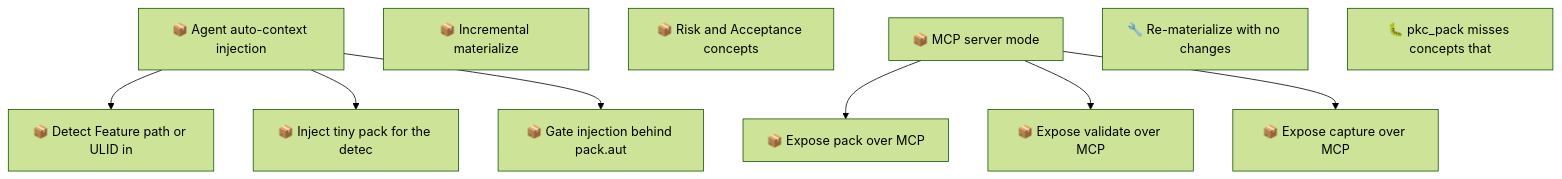
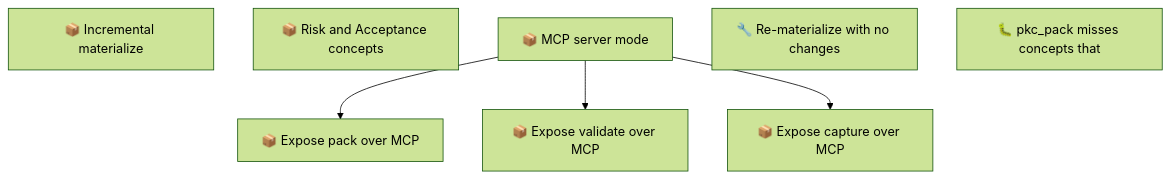
One commit to SpillwaveSolutions/project-knowledge-capture changed the second of 2 diagrams in docs/roadmap.md. Above: the diagram before and after it, drawn with Mermaid (forest theme). The commit also changed other lines of this file and 23 other files, not shown here.

First line of the commit message:
feat: auto-context injection via UserPromptSubmit hook

````diff
--- a/docs/roadmap.md
+++ b/docs/roadmap.md
@@ -96,21 +77,14 @@
 ```mermaid
 graph TD
-    01KZ75NC58VJD8E219BYAYPBPA["📦 Agent auto-context injection"]
     01KZ75NQ2VDVFD3R9F0SV38YEN["📦 Incremental materialize"]
     01KZ75NQ7VFPF3YESB5P90DR29["📦 Risk and Acceptance concepts"]
     01KZ75NQCMYGFYRCVJATEBVBRB["📦 MCP server mode"]
-    01KZ75R1ZYFEZVPWDY73CK4P4N["📦 Detect Feature path or ULID in"]
-    01KZ75R254CS97W8MNX9CV3SNF["📦 Inject tiny pack for the detec"]
-    01KZ75R2ADREHM3JD22V5C5HE7["📦 Gate injection behind pack.aut"]
     01KZ75R3EXEG4GVGRP2S9CCKZ4["📦 Expose pack over MCP"]
     01KZ75R3M6BYQ643NKDCCSEEZC["📦 Expose validate over MCP"]
     01KZ75R3S2X1G4PCTGMMSR8BWA["📦 Expose capture over MCP"]
     01KZD15ZR0JEKW6FA0HXM7W9CG["🔧 Re-materialize with no changes"]
     01KZD6QRF62XDCPBDH5BN0H1RD["🐛 pkc_pack misses concepts that"]
-    01KZ75NC58VJD8E219BYAYPBPA --> 01KZ75R1ZYFEZVPWDY73CK4P4N
-    01KZ75NC58VJD8E219BYAYPBPA --> 01KZ75R254CS97W8MNX9CV3SNF
-    01KZ75NC58VJD8E219BYAYPBPA --> 01KZ75R2ADREHM3JD22V5C5HE7
     01KZ75NQCMYGFYRCVJATEBVBRB --> 01KZ75R3EXEG4GVGRP2S9CCKZ4
     01KZ75NQCMYGFYRCVJATEBVBRB --> 01KZ75R3M6BYQ643NKDCCSEEZC
     01KZ75NQCMYGFYRCVJATEBVBRB --> 01KZ75R3S2X1G4PCTGMMSR8BWA
 ```
````
